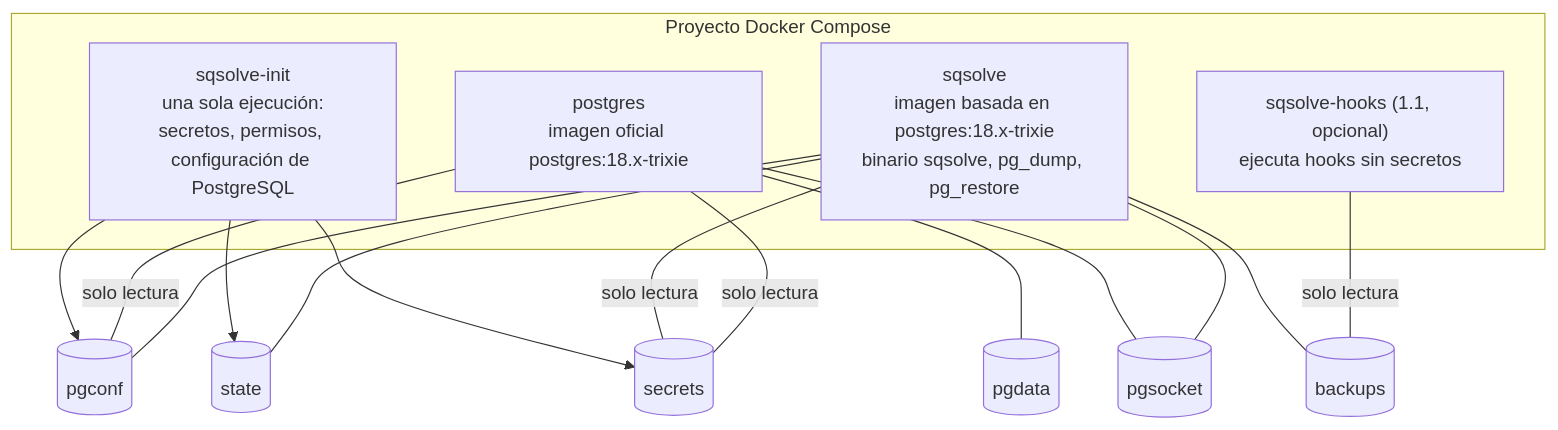
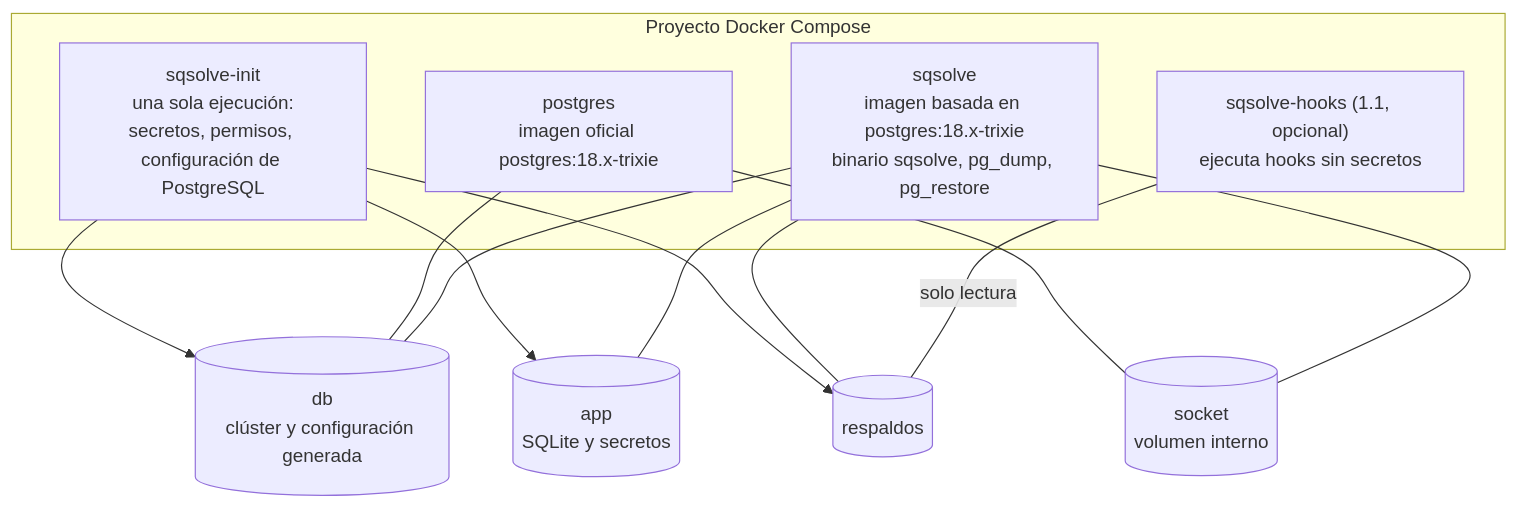
One commit to donutinit/sqsolve changed the second of 5 diagrams in docs/05-arquitectura.md. Above: the diagram before and after it, drawn with Mermaid. The commit also changed other lines of this file and 15 other files, not shown here.

````diff
--- a/docs/05-arquitectura.md
+++ b/docs/05-arquitectura.md
@@ -54,24 +54,18 @@
 ```mermaid
 flowchart TB
   subgraph compose["Proyecto Docker Compose"]
     INIT["sqsolve-init<br/>una sola ejecución:<br/>secretos, permisos, configuración de PostgreSQL"]
     PG["postgres<br/>imagen oficial postgres:18.x-trixie"]
     SQ["sqsolve<br/>imagen basada en postgres:18.x-trixie<br/>binario sqsolve, pg_dump, pg_restore"]
     HK["sqsolve-hooks (1.1, opcional)<br/>ejecuta hooks sin secretos"]
   end
-  V1[("pgdata")]
-  V2[("pgconf")]
-  V3[("pgsocket")]
-  V4[("state")]
-  V5[("secrets")]
-  V6[("backups")]
-
-  INIT --> V2 & V4 & V5
-  PG --- V1
-  PG -- "solo lectura" --- V2
-  PG --- V3
-  SQ --- V2 & V3 & V4 & V6
-  SQ -- "solo lectura" --- V5
-  PG -- "solo lectura" --- V5
-  HK -- "solo lectura" --- V6
+  DB[("db<br/>clúster y configuración generada")]
+  APP[("app<br/>SQLite y secretos")]
+  BK[("respaldos")]
+  RUN[("socket<br/>volumen interno")]
+  INIT --> DB & APP & BK
+  PG --- DB
+  PG --- RUN
+  SQ --- DB & APP & BK & RUN
+  HK -- "solo lectura" --- BK
 ```
````
